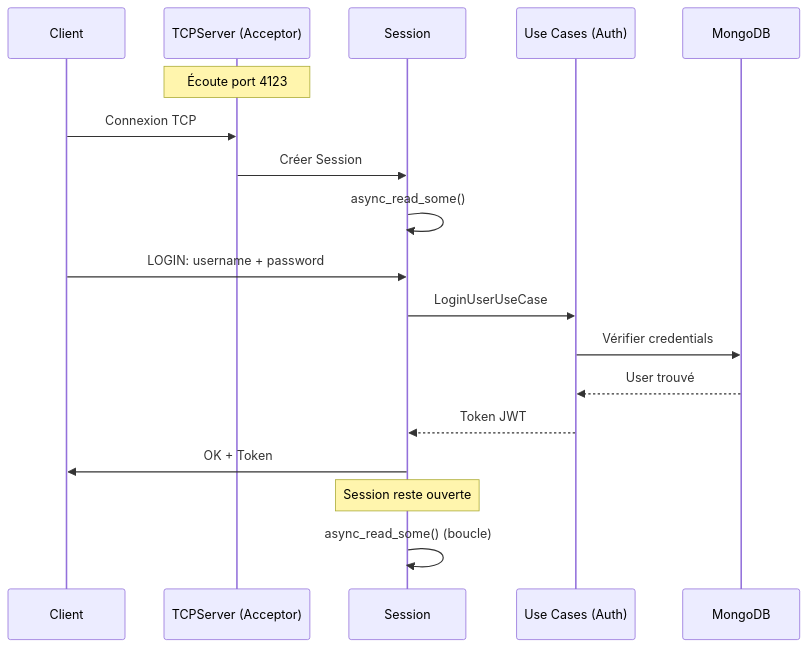
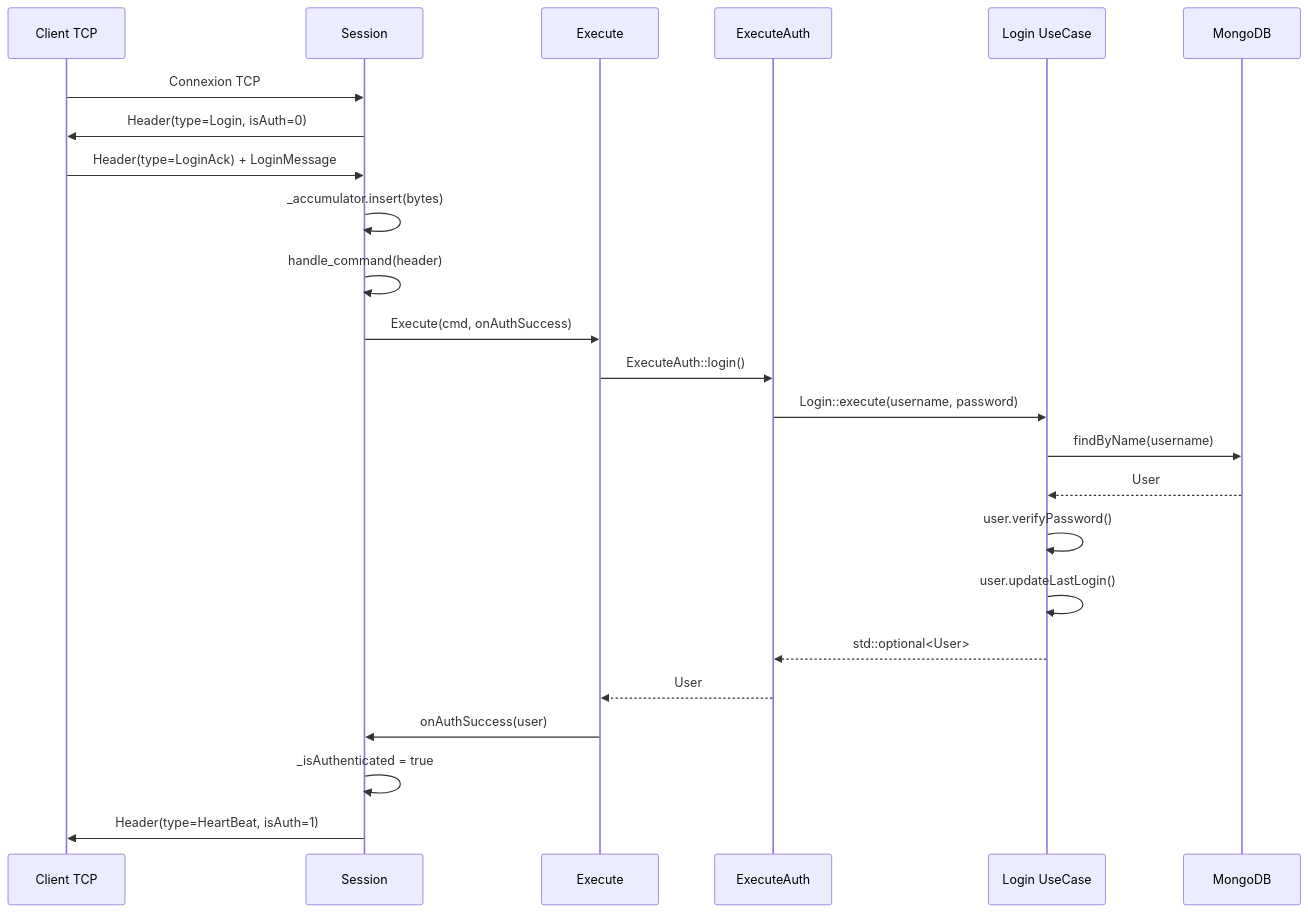
The second of 3 diagrams in docs/guides/network-architecture.md (ChrisG-L/rtype), drawn with Mermaid before and after one commit. The commit also changed other lines of this file and 1 other file, not shown here.

First line of the commit message:
DOCS: Documentation architecture réseau v0.5.0

````diff
--- a/docs/guides/network-architecture.md
+++ b/docs/guides/network-architecture.md
@@ -213,24 +161,28 @@
 ```mermaid
 sequenceDiagram
-    participant C as Client
-    participant A as TCPServer (Acceptor)
+    participant C as Client TCP
     participant S as Session
-    participant UC as Use Cases (Auth)
+    participant E as Execute
+    participant EA as ExecuteAuth
+    participant L as Login UseCase
     participant DB as MongoDB
 
-    Note over A: Écoute port 4123
+    C->>S: Connexion TCP
+    S->>C: Header(type=Login, isAuth=0)
 
-    C->>A: Connexion TCP
-    A->>S: Créer Session
-    S->>S: async_read_some()
-
-    C->>S: LOGIN: username + password
-    S->>UC: LoginUserUseCase
-    UC->>DB: Vérifier credentials
-    DB-->>UC: User trouvé
-    UC-->>S: Token JWT
-    S->>C: OK + Token
-
-    Note over S: Session reste ouverte
-    S->>S: async_read_some() (boucle)
+    C->>S: Header(type=LoginAck) + LoginMessage
+    S->>S: _accumulator.insert(bytes)
+    S->>S: handle_command(header)
+    S->>E: Execute(cmd, onAuthSuccess)
+    E->>EA: ExecuteAuth::login()
+    EA->>L: Login::execute(username, password)
+    L->>DB: findByName(username)
+    DB-->>L: User
+    L->>L: user.verifyPassword()
+    L->>L: user.updateLastLogin()
+    L-->>EA: std::optional<User>
+    EA-->>E: User
+    E->>S: onAuthSuccess(user)
+    S->>S: _isAuthenticated = true
+    S->>C: Header(type=HeartBeat, isAuth=1)
 ```
````
